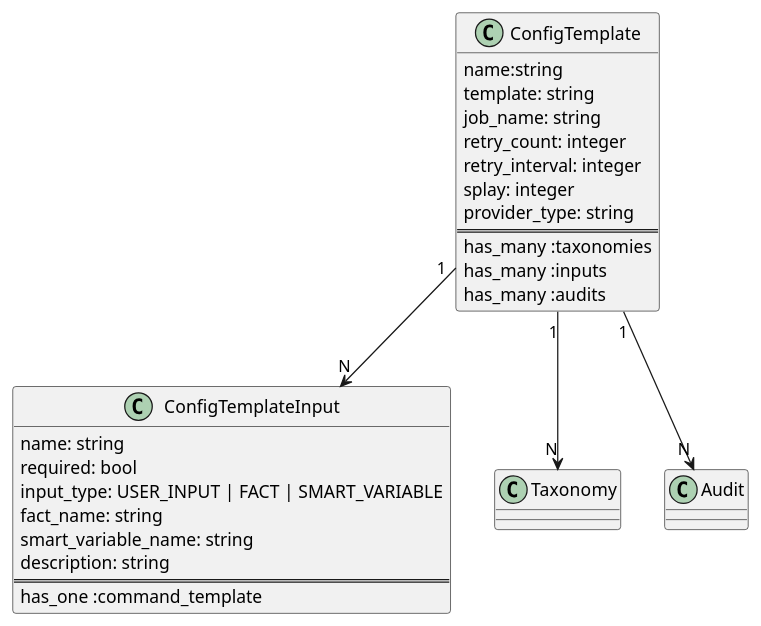
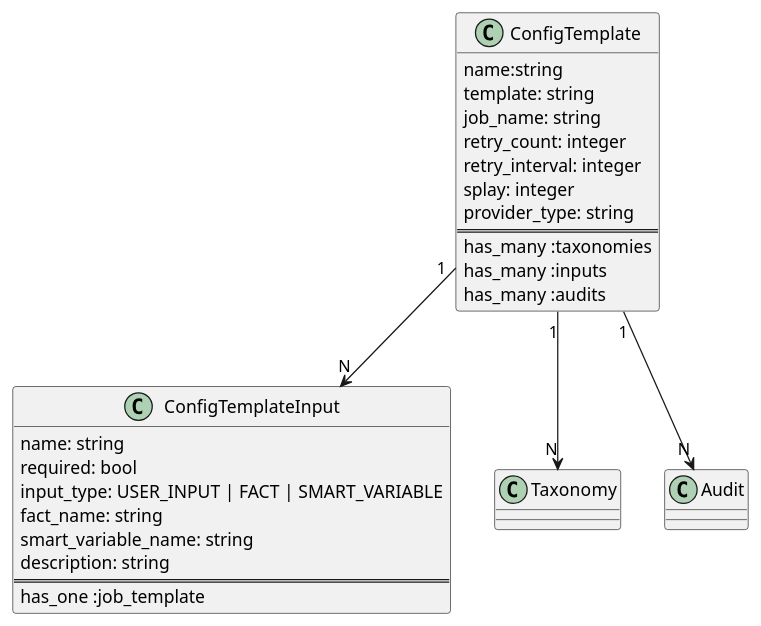
Before and after one commit to theforeman/foreman_remote_execution: the sixth of 13 diagrams in doc/source/design/index.md, drawn with PlantUML. The commit also changed other lines of this file, not shown here.

Commit message:
Unify jobs vs. execution vs. command wording

```diff
--- a/doc/source/design/index.md
+++ b/doc/source/design/index.md
@@ -378,37 +314,37 @@
 {% plantuml %}
 
 
 class ConfigTemplate {
   name:string
   template: string
   job_name: string
   retry_count: integer
   retry_interval: integer
   splay: integer
   provider_type: string
   ==
   has_many :taxonomies
   has_many :inputs
   has_many :audits
 }
 
 class ConfigTemplateInput {
   name: string
   required: bool
   input_type: USER_INPUT | FACT | SMART_VARIABLE
   fact_name: string
   smart_variable_name: string
   description: string
   ==
-  has_one :command_template
+  has_one :job_template
 }
 
 
 ConfigTemplate "1" --> "N" Taxonomy
 ConfigTemplate "1" --> "N" ConfigTemplateInput
 ConfigTemplate "1" --> "N" Audit
 
 class Taxonomy
 class Audit
 
 {% endplantuml %}
```
